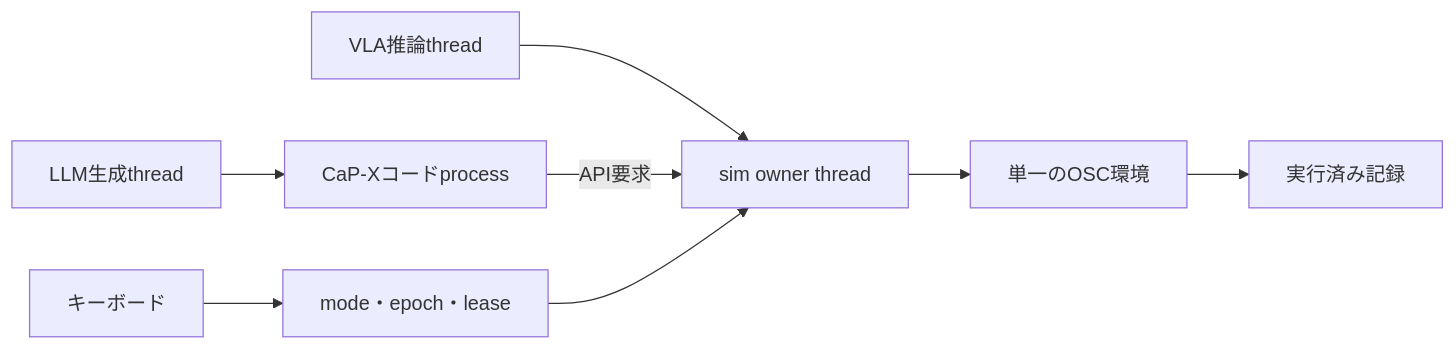
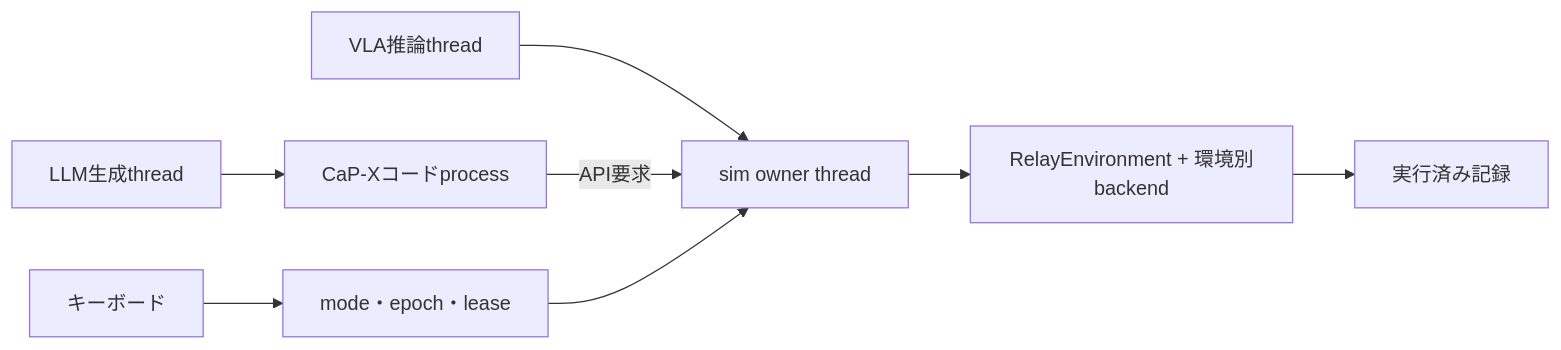
Before and after one commit to takumiecd/relay: the diagram in docs/hybrid-console.md, drawn with Mermaid. The commit also changed other lines of this file and 25 other files, not shown here.

````diff
--- a/docs/hybrid-console.md
+++ b/docs/hybrid-console.md
@@ -84,10 +85,10 @@
 ```mermaid
 flowchart LR
     V[VLA推論thread] --> S[sim owner thread]
     L[LLM生成thread] --> C[CaP-Xコードprocess]
     C -->|API要求| S
     H[キーボード] --> A[mode・epoch・lease]
     A --> S
-    S --> E[単一のOSC環境]
+    S --> E[RelayEnvironment + 環境別backend]
     E --> R[実行済み記録]
 ```
````
